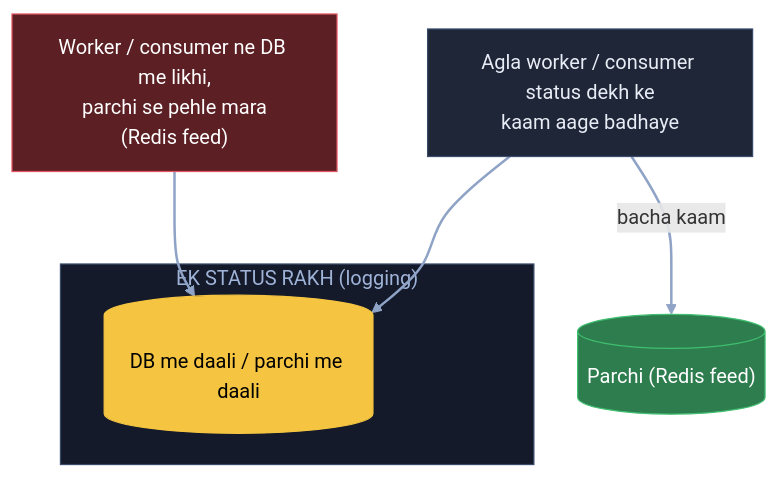
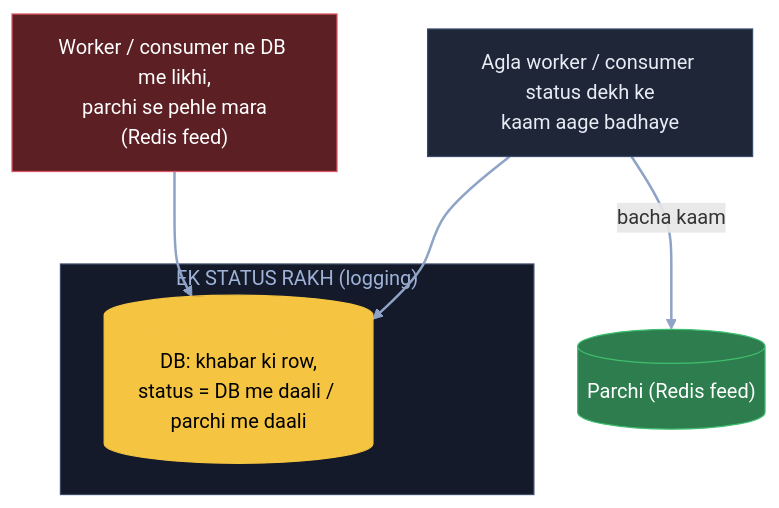
Before and after one commit to ArpanMaheshwari144/Prep: diagram 11 of 14 in 04_HLD/SYSTEM_DESIGNS/08_news_aggregator/08_news_aggregator.md, drawn with Mermaid. The commit also changed 11 other files, not shown here.

Commit message:
Outbox = DB ki table har diagram me (file upload, BMS, Kafka, news, banking, chat) + 6 uljhi Arpan lines saaf (banking, chat, e-com, netflix, uber)

````diff
--- a/04_HLD/SYSTEM_DESIGNS/08_news_aggregator/08_news_aggregator.md
+++ b/04_HLD/SYSTEM_DESIGNS/08_news_aggregator/08_news_aggregator.md
@@ -393,18 +393,18 @@
 ```mermaid
 flowchart TB
     W1["Worker / consumer ne DB me likhi,<br/>parchi se pehle mara<br/>(Redis feed)"]:::bad
     subgraph ST["EK STATUS RAKH (logging)"]
-        D[("DB me daali / parchi me daali")]:::pill
+        D[("DB: khabar ki row,<br/>status = DB me daali / parchi me daali")]:::pill
     end
     W2["Agla worker / consumer status dekh ke<br/>kaam aage badhaye"]:::card
     P[("Parchi (Redis feed)")]:::good
     W1 --> D
     W2 --> D
     W2 -- "bacha kaam" --> P
     linkStyle default stroke:#8fa3c7,stroke-width:2px
     classDef card fill:#1e2638,stroke:#3a4a6b,color:#e8ecf5
     classDef pill fill:#f5c542,stroke:#f5c542,color:#000
     classDef good fill:#2e7d4f,stroke:#3fbf6f,color:#fff
     classDef bad fill:#5c1f24,stroke:#e05561,color:#fff
     style ST fill:#141a29,stroke:#3a4a6b,color:#9fb3d9
 ```
````
